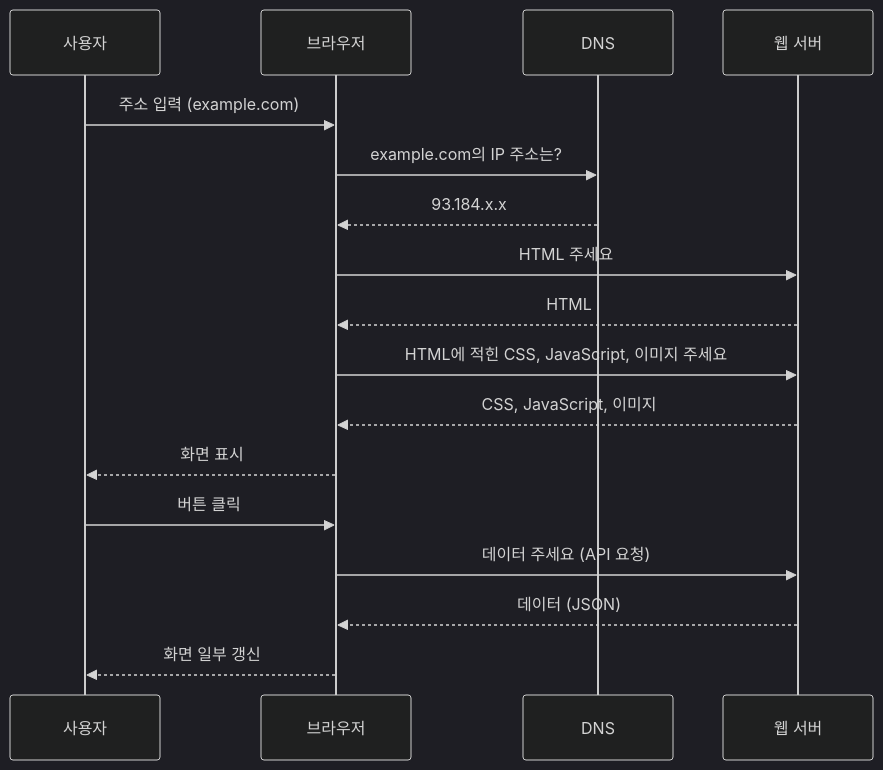
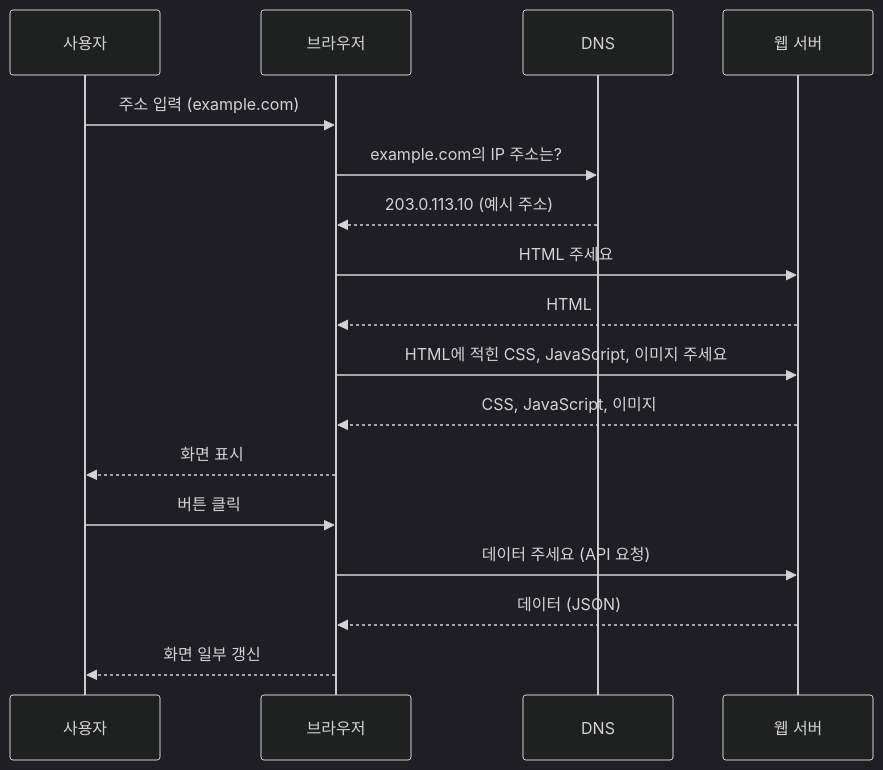
The first of 5 diagrams in CS_Basic/클라이언트-서버 구조 프론트엔드 관점(Frontend)/README.md (JangHwanPark/Note), drawn with Mermaid (dark theme) before and after one commit. The commit also changed other lines of this file and 22 other files, not shown here.

Commit message:
note: 리뷰 지적 반영(CS_Basic, Architecture, NextJS, Canvas)

````diff
--- a/CS_Basic/클라이언트-서버 구조 프론트엔드 관점(Frontend)/README.md
+++ b/CS_Basic/클라이언트-서버 구조 프론트엔드 관점(Frontend)/README.md
@@ -16,19 +16,19 @@
 ```mermaid
 sequenceDiagram
     participant U as 사용자
     participant B as 브라우저
     participant D as DNS
     participant S as 웹 서버
     U->>B: 주소 입력 (example.com)
     B->>D: example.com의 IP 주소는?
-    D-->>B: 93.184.x.x
+    D-->>B: 203.0.113.10 (예시 주소)
     B->>S: HTML 주세요
     S-->>B: HTML
     B->>S: HTML에 적힌 CSS, JavaScript, 이미지 주세요
     S-->>B: CSS, JavaScript, 이미지
     B-->>U: 화면 표시
     U->>B: 버튼 클릭
     B->>S: 데이터 주세요 (API 요청)
     S-->>B: 데이터 (JSON)
     B-->>U: 화면 일부 갱신
 ```
````
